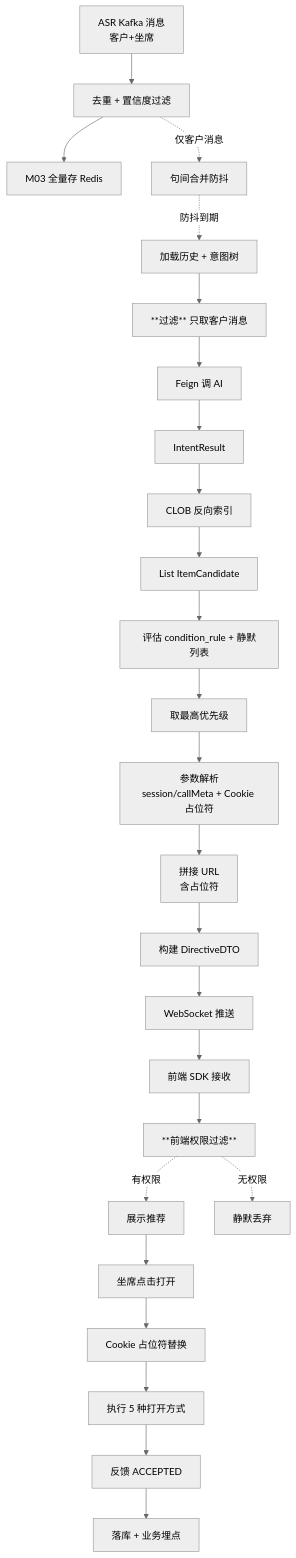
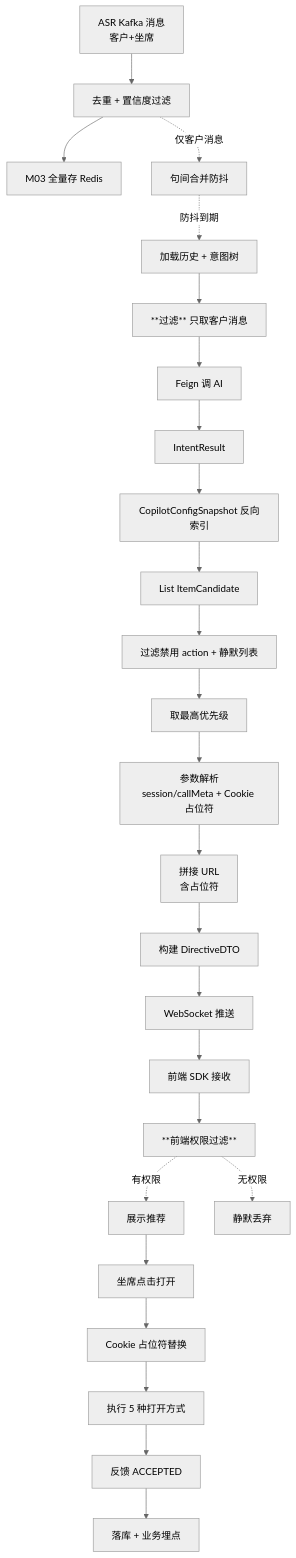
Before and after one commit to qzz617/copilot: the third of 24 diagrams in cs-copilot-service/docs/dd-v1.2.md, drawn with Mermaid (neutral theme). The commit also changed other lines of this file and 24 other files, not shown here.

Commit message:
Align copilot action config schema

````diff
--- a/cs-copilot-service/docs/dd-v1.2.md
+++ b/cs-copilot-service/docs/dd-v1.2.md
@@ -396,27 +398,27 @@
 ```mermaid
 flowchart TD
     A[ASR Kafka 消息<br/>客户+坐席] --> B[去重 + 置信度过滤]
     B --> C[M03 全量存 Redis]
     B -.仅客户消息.-> D[句间合并防抖]
     D -.防抖到期.-> E[加载历史 + 意图树]
     E --> F[**过滤** 只取客户消息]
     F --> G[Feign 调 AI]
     G --> H[IntentResult]
-    H --> I[CLOB 反向索引]
+    H --> I[CopilotConfigSnapshot 反向索引]
     I --> J[List ItemCandidate]
-    J --> K[评估 condition_rule + 静默列表]
+    J --> K[过滤禁用 action + 静默列表]
     K --> L[取最高优先级]
     L --> M[参数解析<br/>session/callMeta + Cookie 占位符]
     M --> N[拼接 URL<br/>含占位符]
     N --> O[构建 DirectiveDTO]
     O --> P[WebSocket 推送]
     P --> Q[前端 SDK 接收]
     Q --> R[**前端权限过滤**]
     R -.有权限.-> S[展示推荐]
     R -.无权限.-> X[静默丢弃]
     S --> T[坐席点击打开]
     T --> U[Cookie 占位符替换]
     U --> V[执行 5 种打开方式]
     V --> W[反馈 ACCEPTED]
     W --> Y[落库 + 业务埋点]
 ```
````
